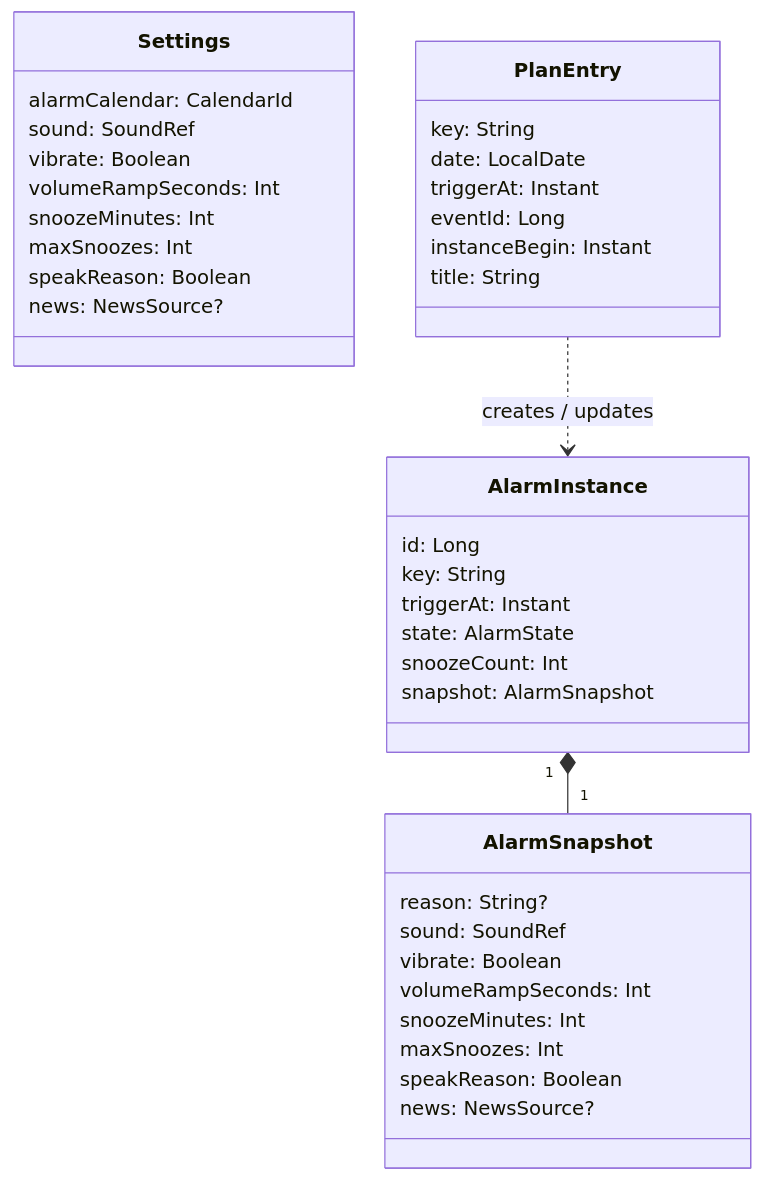
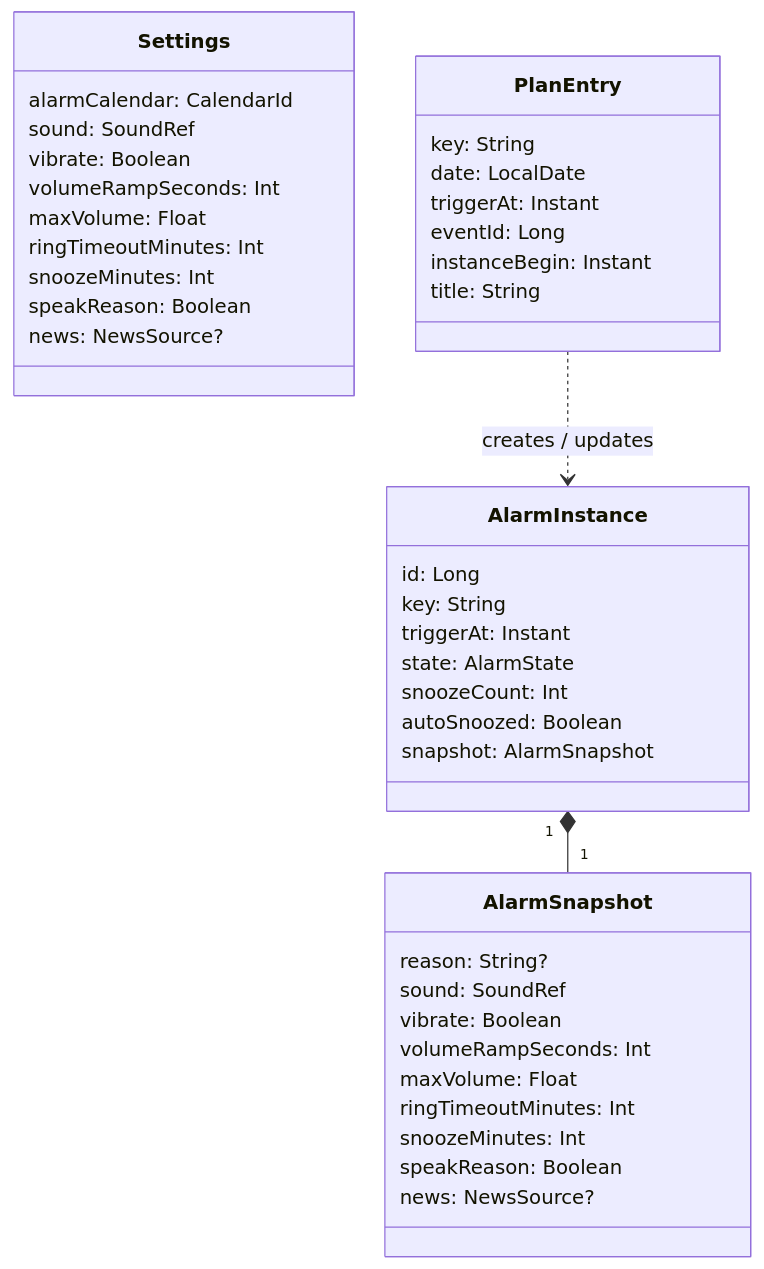
The fourth of 4 diagrams in docs/architecture.md (drehtuer/NextAlarmApp), drawn with Mermaid before and after one commit. The commit also changed other lines of this file and 4 other files, not shown here.

````diff
--- a/docs/architecture.md
+++ b/docs/architecture.md
@@ -206,41 +236,44 @@
 ```mermaid
 classDiagram
     class Settings {
         alarmCalendar: CalendarId
         sound: SoundRef
         vibrate: Boolean
         volumeRampSeconds: Int
+        maxVolume: Float
+        ringTimeoutMinutes: Int
         snoozeMinutes: Int
-        maxSnoozes: Int
         speakReason: Boolean
         news: NewsSource?
     }
     class PlanEntry {
         key: String
         date: LocalDate
         triggerAt: Instant
         eventId: Long
         instanceBegin: Instant
         title: String
     }
     class AlarmInstance {
         id: Long
         key: String
         triggerAt: Instant
         state: AlarmState
         snoozeCount: Int
+        autoSnoozed: Boolean
         snapshot: AlarmSnapshot
     }
     class AlarmSnapshot {
         reason: String?
         sound: SoundRef
         vibrate: Boolean
         volumeRampSeconds: Int
+        maxVolume: Float
+        ringTimeoutMinutes: Int
         snoozeMinutes: Int
-        maxSnoozes: Int
         speakReason: Boolean
         news: NewsSource?
     }
     AlarmInstance "1" *-- "1" AlarmSnapshot
     PlanEntry ..> AlarmInstance : creates / updates
 ```
````
